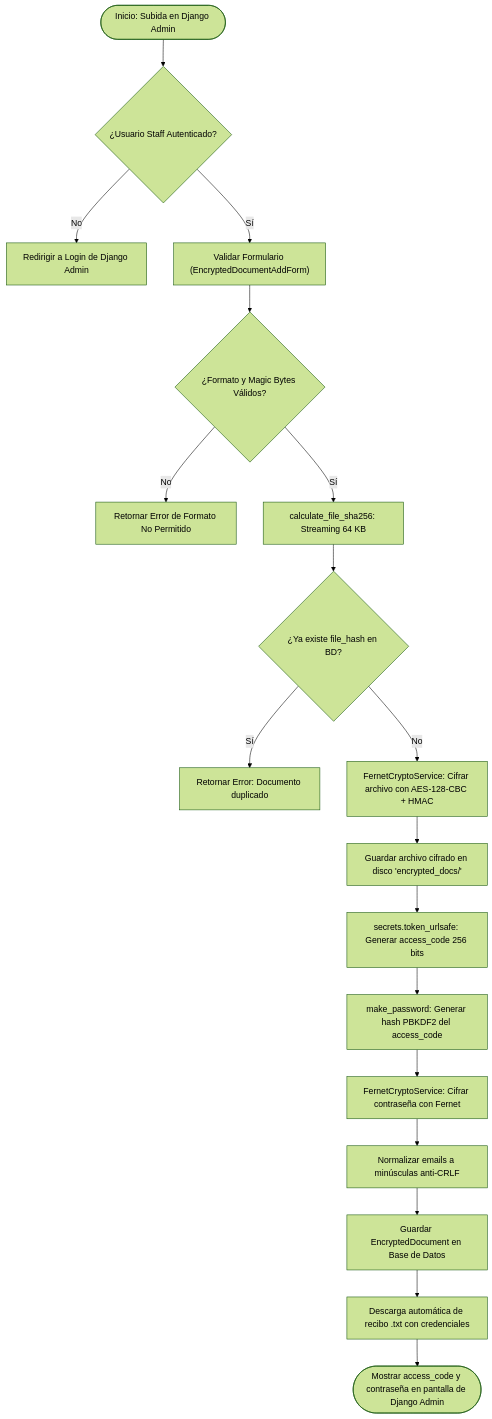
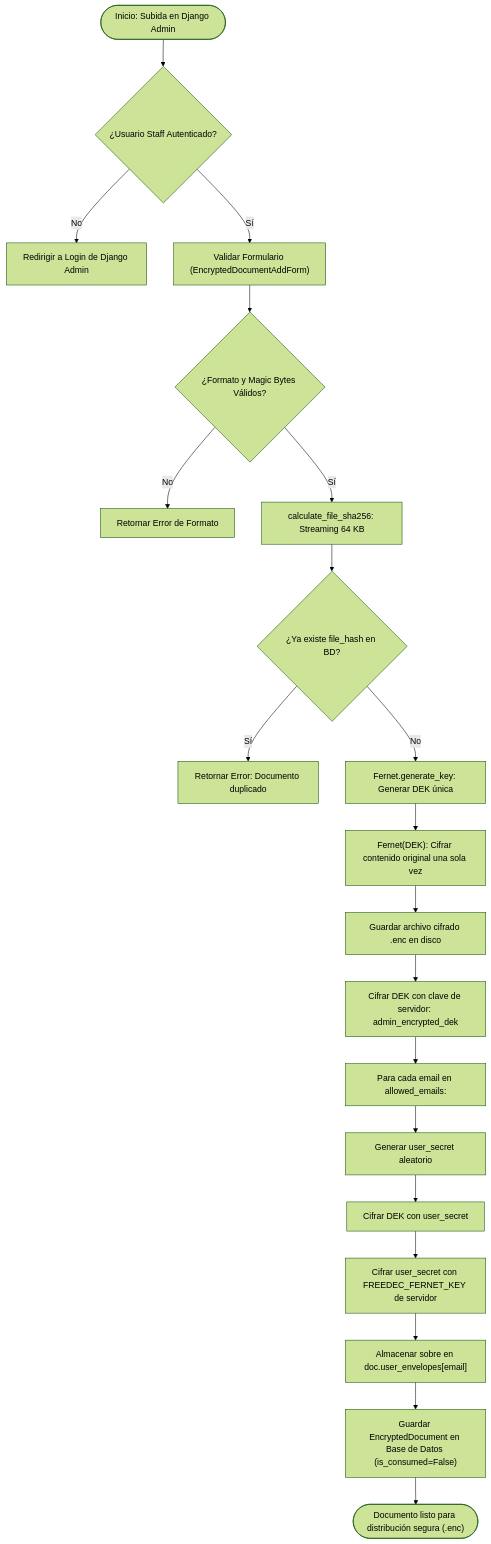
The first of 6 diagrams in docs/ARCHITECTURE.md (jrubioh1/Freedec), drawn with Mermaid (forest theme) before and after one commit. The commit also changed other lines of this file and 20 other files, not shown here.

````diff
--- a/docs/ARCHITECTURE.md
+++ b/docs/ARCHITECTURE.md
@@ -60,20 +62,22 @@
 ```mermaid
 flowchart TD
     A(["Inicio: Subida en Django Admin"]) --> B{"¿Usuario Staff Autenticado?"}
     B -- "No" --> C["Redirigir a Login de Django Admin"]
     B -- "Sí" --> D["Validar Formulario (EncryptedDocumentAddForm)"]
     D --> E{"¿Formato y Magic Bytes Válidos?"}
-    E -- "No" --> F["Retornar Error de Formato No Permitido"]
+    E -- "No" --> F["Retornar Error de Formato"]
     E -- "Sí" --> G["calculate_file_sha256: Streaming 64 KB"]
     G --> H{"¿Ya existe file_hash en BD?"}
     H -- "Sí" --> I["Retornar Error: Documento duplicado"]
-    H -- "No" --> J["FernetCryptoService: Cifrar archivo con AES-128-CBC + HMAC"]
-    J --> K["Guardar archivo cifrado en disco 'encrypted_docs/'"]
-    K --> L["secrets.token_urlsafe: Generar access_code 256 bits"]
-    L --> M["make_password: Generar hash PBKDF2 del access_code"]
-    M --> N["FernetCryptoService: Cifrar contraseña con Fernet"]
-    N --> O["Normalizar emails a minúsculas anti-CRLF"]
-    O --> P["Guardar EncryptedDocument en Base de Datos"]
-    P --> Q["Descarga automática de recibo .txt con credenciales"]
-    Q --> R(["Mostrar access_code y contraseña en pantalla de Django Admin"])
+    H -- "No" --> J["Fernet.generate_key: Generar DEK única"]
+    J --> K["Fernet(DEK): Cifrar contenido original una sola vez"]
+    K --> L["Guardar archivo cifrado .enc en disco"]
+    L --> M["Cifrar DEK con clave de servidor: admin_encrypted_dek"]
+    M --> N["Para cada email en allowed_emails:"]
+    N --> O["Generar user_secret aleatorio"]
+    O --> P["Cifrar DEK con user_secret"]
+    P --> Q["Cifrar user_secret con FREEDEC_FERNET_KEY de servidor"]
+    Q --> R["Almacenar sobre en doc.user_envelopes[email]"]
+    R --> S["Guardar EncryptedDocument en Base de Datos (is_consumed=False)"]
+    S --> T(["Documento listo para distribución segura (.enc)"])
 ```
````
